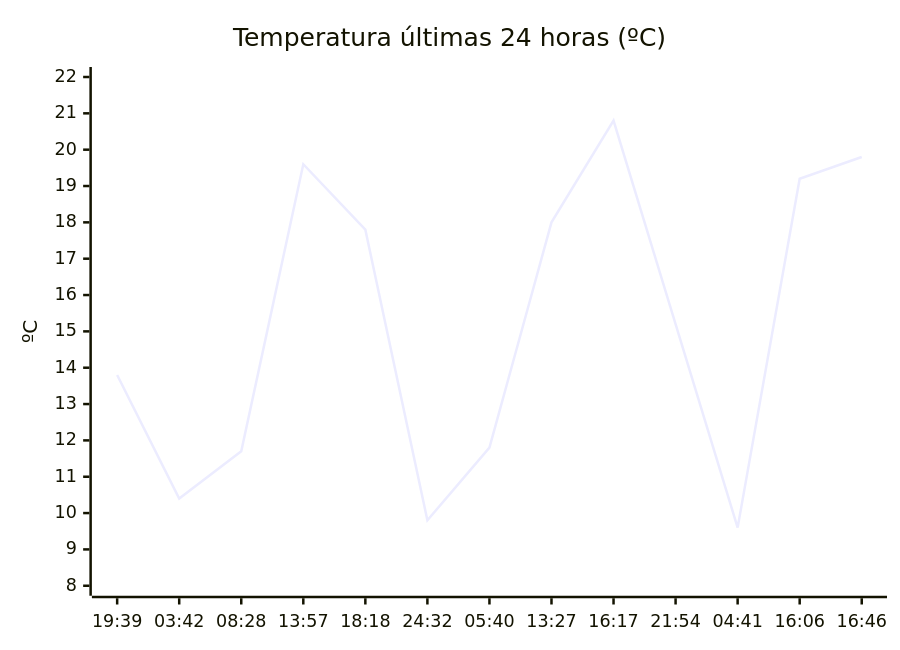
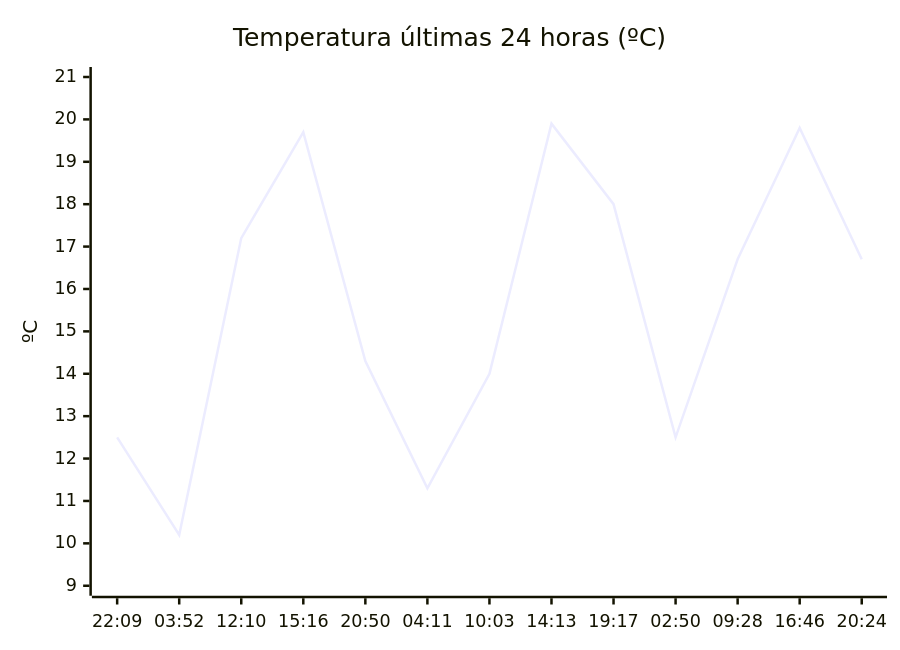
The diagram in README.md (solidsnk86/rem-scrap), drawn with Mermaid before and after one commit. The commit also changed other lines of this file, not shown here.

````diff
--- a/README.md
+++ b/README.md
@@ -36,7 +36,7 @@
 ```mermaid
 xychart-beta
     title "Temperatura últimas 24 horas (ºC)"
-    x-axis ["19:39", "03:42", "08:28", "13:57", "18:18", "24:32", "05:40", "13:27", "16:17", "21:54", "04:41", "16:06", "16:46"]
-    y-axis "ºC" 8 --> 22
-    line [13.8, 10.4, 11.7, 19.6, 17.8, 9.8, 11.8, 18, 20.8, 15.2, 9.6, 19.2, 19.8]
+    x-axis ["22:09", "03:52", "12:10", "15:16", "20:50", "04:11", "10:03", "14:13", "19:17", "02:50", "09:28", "16:46", "20:24"]
+    y-axis "ºC" 9 --> 21
+    line [12.5, 10.2, 17.2, 19.7, 14.3, 11.3, 14, 19.9, 18, 12.5, 16.7, 19.8, 16.7]
 ```
````
